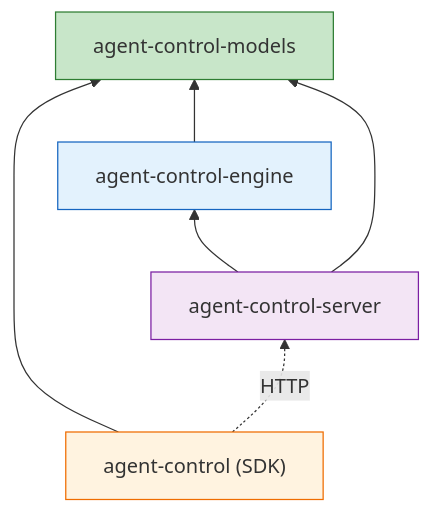
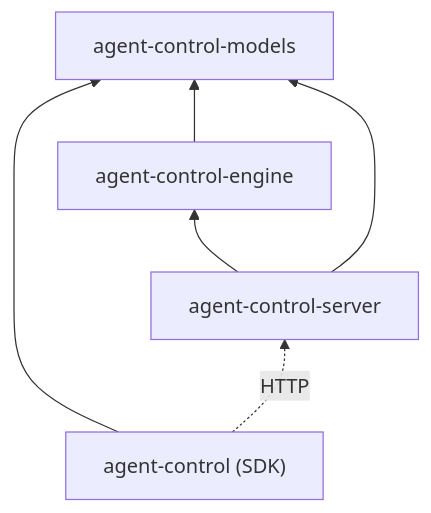
Before and after one commit to agentcontrol/agent-control: the eighth of 10 diagrams in diagrams/10-sdk-architecture.md, drawn with Mermaid. The commit also changed other lines of this file and 9 other files, not shown here.

````diff
--- a/diagrams/10-sdk-architecture.md
+++ b/diagrams/10-sdk-architecture.md
@@ -194,19 +178,14 @@
 ```mermaid
 flowchart BT
     models["agent-control-models"]
     engine["agent-control-engine"]
     sdk["agent-control (SDK)"]
     server["agent-control-server"]
 
     sdk --> models
     engine --> models
     server --> models
     server --> engine
     
     sdk -.->|HTTP| server
-
-    style models fill:#c8e6c9,stroke:#2e7d32
-    style sdk fill:#fff3e0,stroke:#ef6c00
-    style engine fill:#e3f2fd,stroke:#1565c0
-    style server fill:#f3e5f5,stroke:#7b1fa2
 ```
````
